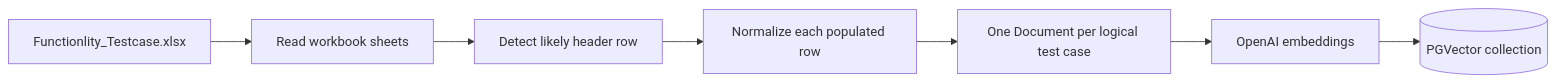
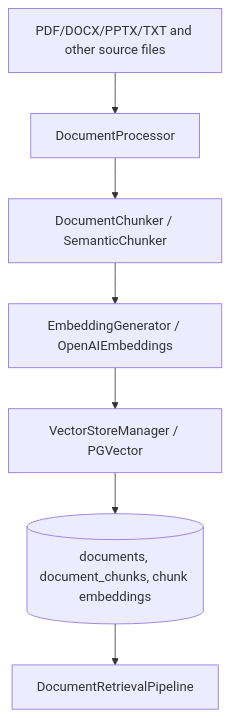
Before and after one commit to pramodsahoo568/IncidentOpsAI-Architecture: the third of 4 diagrams in README.md, drawn with Mermaid. The commit also changed other lines of this file, not shown here.

Commit message:
diagrams Added

````diff
--- a/README.md
+++ b/README.md
@@ -213,9 +161,10 @@
 ```mermaid
-flowchart LR
-    XLSX[Functionlity_Testcase.xlsx] --> Sheets[Read workbook sheets]
-    Sheets --> Header[Detect likely header row]
-    Header --> Records[Normalize each populated row]
-    Records --> Docs[One Document per logical test case]
-    Docs --> Embeddings[OpenAI embeddings]
-    Embeddings --> Store[(PGVector collection)]
+flowchart TD
+    Files[PDF/DOCX/PPTX/TXT and other source files]
+    Files --> Processor[DocumentProcessor]
+    Processor --> Chunker[DocumentChunker / SemanticChunker]
+    Chunker --> Embedder[EmbeddingGenerator / OpenAIEmbeddings]
+    Embedder --> Store[VectorStoreManager / PGVector]
+    Store --> Tables[(documents, document_chunks, chunk embeddings)]
+    Tables --> Retrieval[DocumentRetrievalPipeline]
 ```
````
